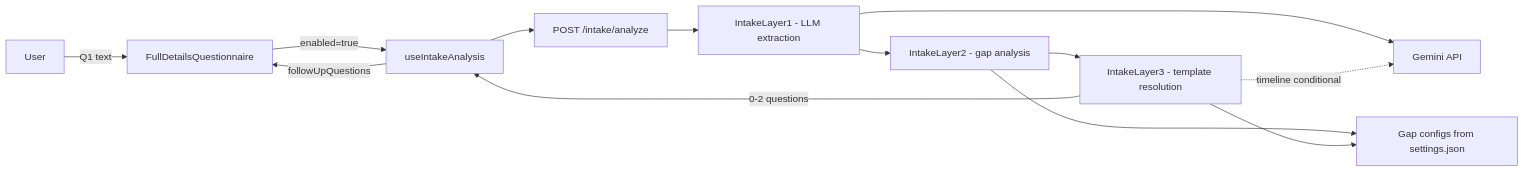
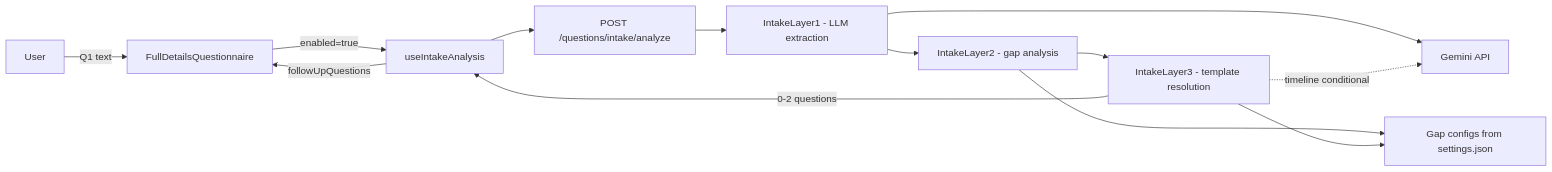
Before and after one commit to CodingwithAhmad1/Whistleblowing: the third of 3 diagrams in docs/ARCHITECTURE.md, drawn with Mermaid. The commit also changed other lines of this file and 39 other files, not shown here.

````diff
--- a/docs/ARCHITECTURE.md
+++ b/docs/ARCHITECTURE.md
@@ -356,24 +339,24 @@
 ```mermaid
 flowchart LR
     User[User]
     FD[FullDetailsQuestionnaire]
     hook[useIntakeAnalysis]
-    analyze[POST /intake/analyze]
+    analyze[POST /questions/intake/analyze]
     L1[IntakeLayer1 - LLM extraction]
     L2[IntakeLayer2 - gap analysis]
     L3[IntakeLayer3 - template resolution]
     GapCfg[Gap configs from settings.json]
     Gemini[Gemini API]
     User -->|Q1 text| FD
     FD -->|enabled=true| hook
     hook --> analyze
     analyze --> L1
     L1 --> Gemini
     L1 --> L2
     L2 --> GapCfg
     L2 --> L3
     L3 --> GapCfg
     L3 -.->|timeline conditional| Gemini
     L3 -->|0-2 questions| hook
     hook -->|followUpQuestions| FD
 ```
````
